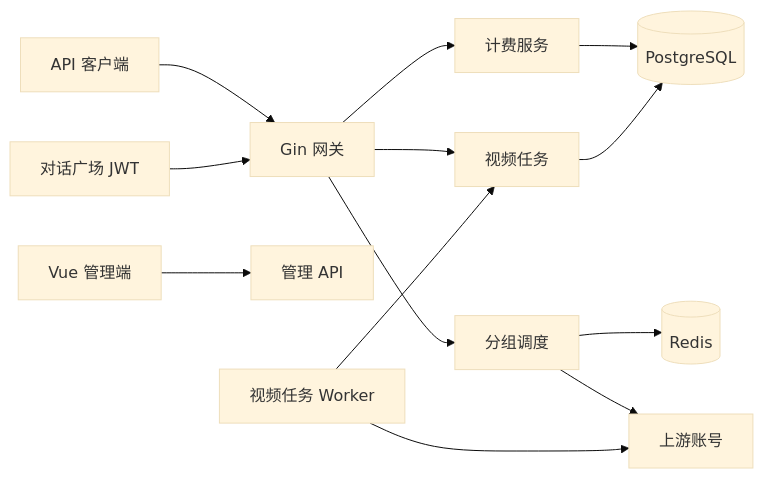
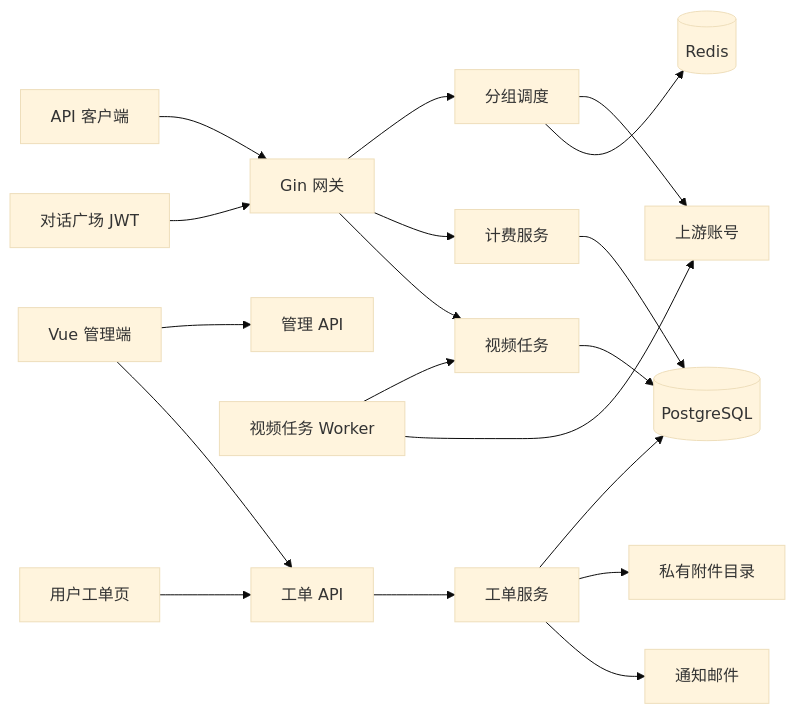
The diagram in helloagents/wiki/arch.md (VCnoC/sub2api), drawn with Mermaid (base theme) before and after one commit. The commit also changed other lines of this file and 113 other files, not shown here.

````diff
--- a/helloagents/wiki/arch.md
+++ b/helloagents/wiki/arch.md
@@ -5,15 +5,21 @@
 ```mermaid
 flowchart LR
     Client[API 客户端] --> Gateway[Gin 网关]
     Playground[对话广场 JWT] --> Gateway
     Admin[Vue 管理端] --> AdminAPI[管理 API]
     Gateway --> Scheduler[分组调度]
     Scheduler --> Account[上游账号]
     Gateway --> Billing[计费服务]
     Billing --> PG[(PostgreSQL)]
     Gateway --> VideoTask[视频任务]
     VideoTask --> PG
     Worker[视频任务 Worker] --> VideoTask
     Worker --> Account
     Scheduler --> Redis[(Redis)]
+    UserUI[用户工单页] --> TicketAPI[工单 API]
+    Admin --> TicketAPI
+    TicketAPI --> TicketService[工单服务]
+    TicketService --> PG
+    TicketService --> TicketFiles[私有附件目录]
+    TicketService --> Mail[通知邮件]
 ```
````
